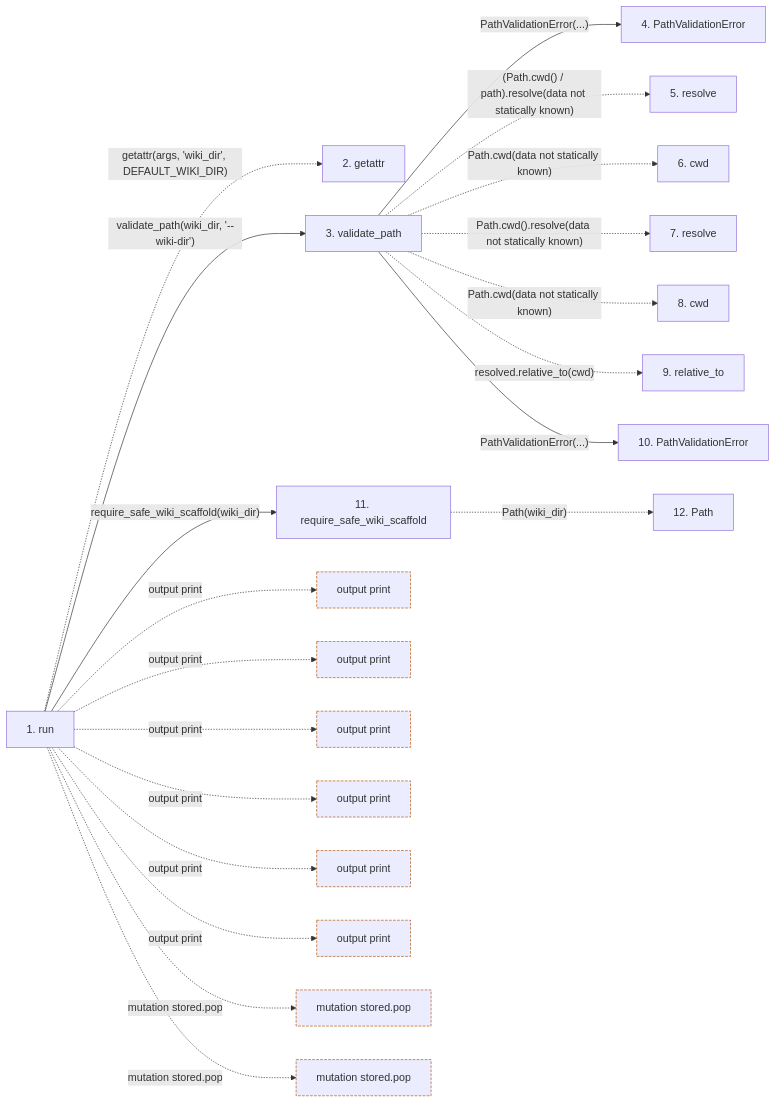
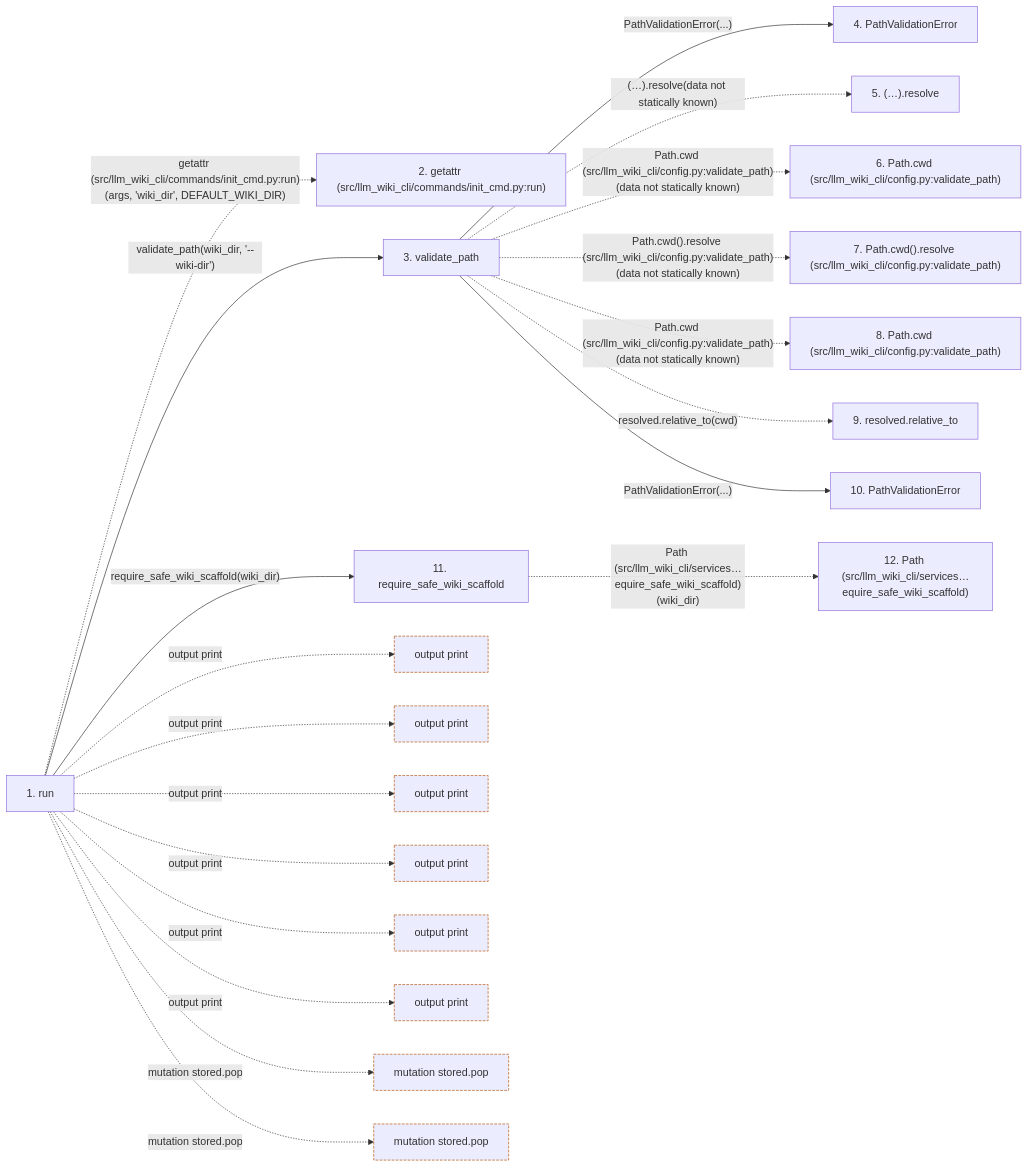
Before and after one commit to Denissvgn/python-wiki-llm: the second of 2 diagrams in docs/llm_wiki/flows/cli-init.md, drawn with Mermaid. The commit also changed other lines of this file and 719 other files, not shown here.

````diff
--- a/docs/llm_wiki/flows/cli-init.md
+++ b/docs/llm_wiki/flows/cli-init.md
@@ -87,56 +92,56 @@
 ```mermaid
 flowchart LR
     s1["1. run"]
-    s2["2. getattr"]
+    s2["2. getattr (src/llm_wiki_cli/commands/init_cmd.py:run)"]
     s3["3. validate_path"]
     s4["4. PathValidationError"]
-    s5["5. resolve"]
-    s6["6. cwd"]
-    s7["7. resolve"]
-    s8["8. cwd"]
-    s9["9. relative_to"]
+    s5["5. (…).resolve"]
+    s6["6. Path.cwd (src/llm_wiki_cli/config.py:validate_path)"]
+    s7["7. Path.cwd().resolve (src/llm_wiki_cli/config.py:validate_path)"]
+    s8["8. Path.cwd (src/llm_wiki_cli/config.py:validate_path)"]
+    s9["9. resolved.relative_to"]
     s10["10. PathValidationError"]
     s11["11. require_safe_wiki_scaffold"]
-    s12["12. Path"]
-    s1 -. "getattr(args, 'wiki_dir', DEFAULT_WIKI_DIR)" .-> s2
+    s12["12. Path (src/llm_wiki_cli/services…equire_safe_wiki_scaffold)"]
+    s1 -. "getattr (src/llm_wiki_cli/commands/init_cmd.py:run)(args, 'wiki_dir', DEFAULT_WIKI_DIR)" .-> s2
     s1 -->|"validate_path(wiki_dir, '--wiki-dir')"| s3
     s3 -->|"PathValidationError(...)"| s4
-    s3 -. "(Path.cwd() / path).resolve(data not statically known)" .-> s5
-    s3 -. "Path.cwd(data not statically known)" .-> s6
-    s3 -. "Path.cwd().resolve(data not statically known)" .-> s7
-    s3 -. "Path.cwd(data not statically known)" .-> s8
+    s3 -. "(…).resolve(data not statically known)" .-> s5
+    s3 -. "Path.cwd (src/llm_wiki_cli/config.py:validate_path)(data not statically known)" .-> s6
+    s3 -. "Path.cwd().resolve (src/llm_wiki_cli/config.py:validate_path)(data not statically known)" .-> s7
+    s3 -. "Path.cwd (src/llm_wiki_cli/config.py:validate_path)(data not statically known)" .-> s8
     s3 -. "resolved.relative_to(cwd)" .-> s9
     s3 -->|"PathValidationError(...)"| s10
     s1 -->|"require_safe_wiki_scaffold(wiki_dir)"| s11
-    s11 -. "Path(wiki_dir)" .-> s12
+    s11 -. "Path (src/llm_wiki_cli/services…equire_safe_wiki_scaffold)(wiki_dir)" .-> s12
     b0["output print"]
     s1 -. "output print" .-> b0
     b1["output print"]
     s1 -. "output print" .-> b1
     b2["output print"]
     s1 -. "output print" .-> b2
     b3["output print"]
     s1 -. "output print" .-> b3
     b4["output print"]
     s1 -. "output print" .-> b4
     b5["output print"]
     s1 -. "output print" .-> b5
     b6["mutation stored.pop"]
     s1 -. "mutation stored.pop" .-> b6
     b7["mutation stored.pop"]
     s1 -. "mutation stored.pop" .-> b7
     click s1 "../modules/init_cmd.md"
     click s3 "../modules/config.md"
     click s4 "../modules/config.md"
     click s10 "../modules/config.md"
     click s11 "../modules/wiki_lifecycle.md"
     classDef boundary stroke:#b45309,stroke-dasharray: 4 2
     class b0 boundary
     class b1 boundary
     class b2 boundary
     class b3 boundary
     class b4 boundary
     class b5 boundary
     class b6 boundary
     class b7 boundary
 ```
````
